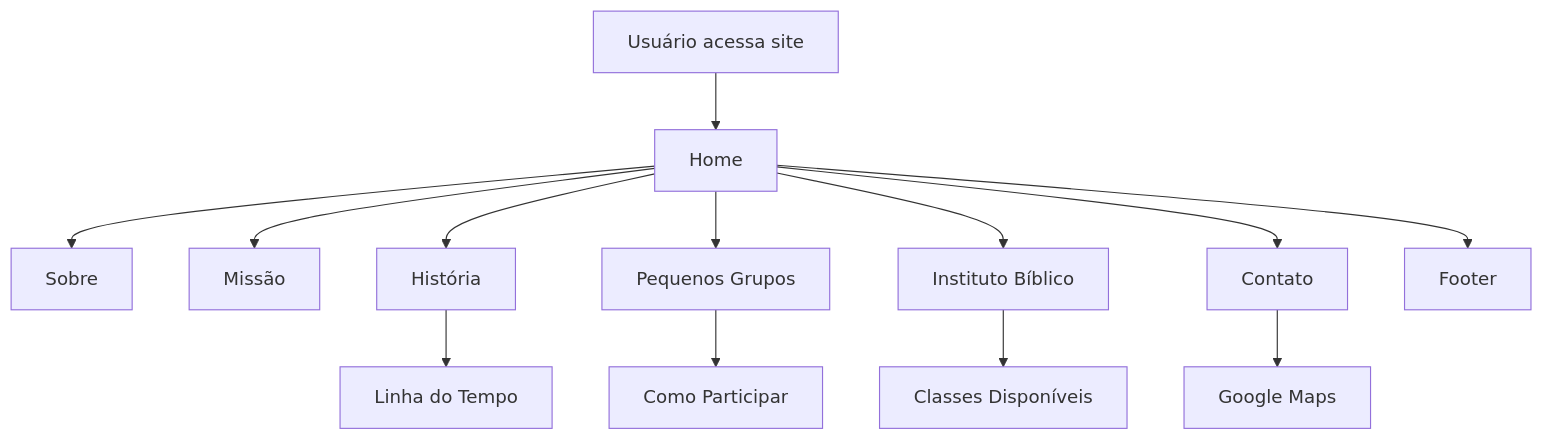
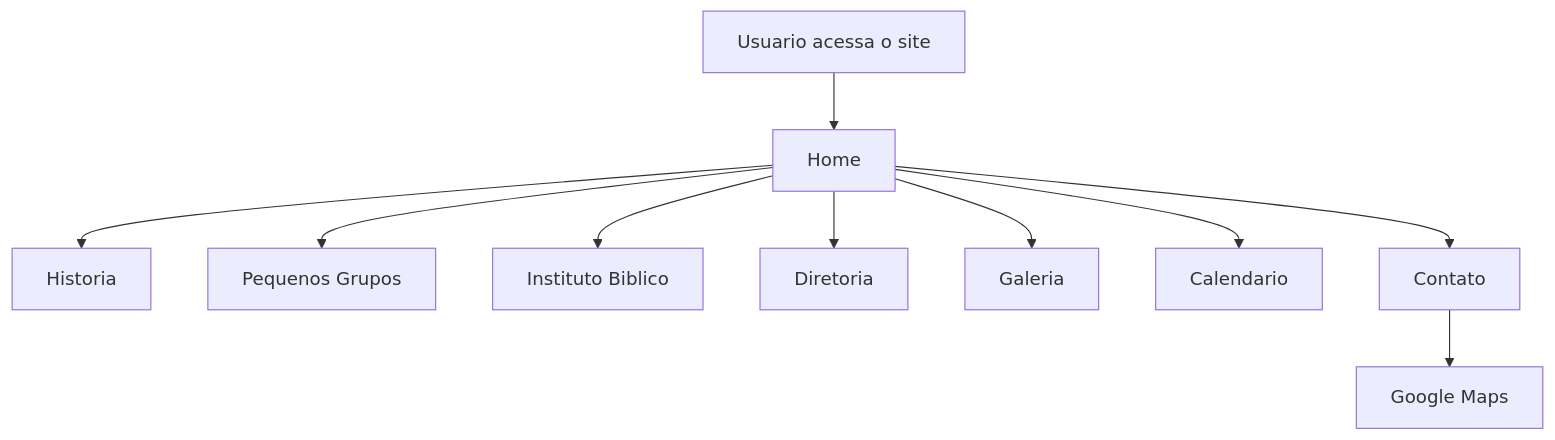
One commit to JVitorbs/ibp-next changed the diagram in README.md. Above: the diagram before and after it, drawn with Mermaid. The commit also changed other lines of this file, not shown here.

````diff
--- a/README.md
+++ b/README.md
@@ -87,15 +85,12 @@
 ```mermaid
 flowchart TD
-    A[Usuário acessa site] --> B[Home]
-    B --> C[Sobre]
-    B --> D[Missão]
-    B --> E[História]
-    B --> F[Pequenos Grupos]
-    B --> G[Instituto Bíblico]
-    B --> H[Contato]
-    H --> I[Google Maps]
-    E --> J[Linha do Tempo]
-    F --> K[Como Participar]
-    G --> L[Classes Disponíveis]
-    B --> M[Footer]
+    A[Usuario acessa o site] --> B[Home]
+    B --> C[Historia]
+    B --> D[Pequenos Grupos]
+    B --> E[Instituto Biblico]
+    B --> F[Diretoria]
+    B --> G[Galeria]
+    B --> H[Calendario]
+    B --> I[Contato]
+    I --> J[Google Maps]
 ```
````
